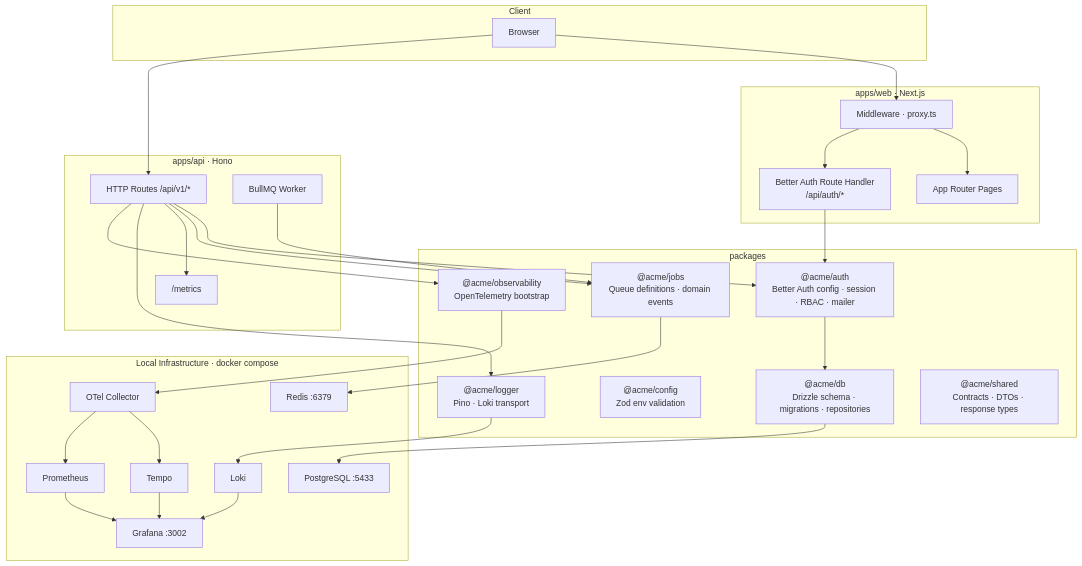
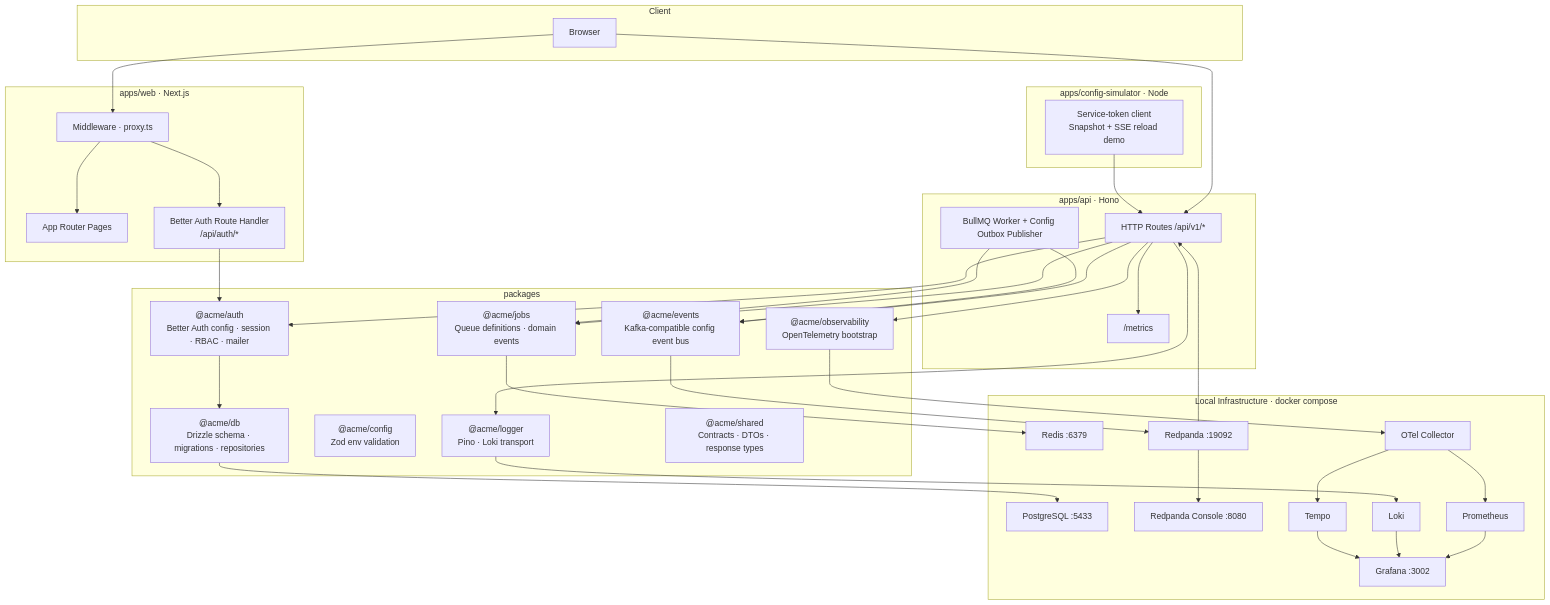
The diagram in README.md (Prathamesh-chougale-17/no-reboot-hq-sse), drawn with Mermaid before and after one commit. The commit also changed other lines of this file and 62 other files, not shown here.

First line of the commit message:
feat: add configuration schema for apps, environments, entries, and service tokens

````diff
--- a/README.md
+++ b/README.md
@@ -27,60 +30,73 @@
 ```mermaid
 graph TB
     subgraph Client
         Browser["Browser"]
     end
 
     subgraph apps/web ["apps/web · Next.js"]
         WebApp["App Router Pages"]
         AuthRoute["Better Auth Route Handler\n/api/auth/*"]
         Middleware["Middleware · proxy.ts"]
     end
 
     subgraph apps/api ["apps/api · Hono"]
         API["HTTP Routes /api/v1/*"]
-        Worker["BullMQ Worker"]
+        Worker["BullMQ Worker + Config Outbox Publisher"]
         Metrics["/metrics"]
+    end
+
+    subgraph apps/config-simulator ["apps/config-simulator · Node"]
+        Simulator["Service-token client\nSnapshot + SSE reload demo"]
     end
 
     subgraph packages
         Auth["@acme/auth\nBetter Auth config · session · RBAC · mailer"]
         DB["@acme/db\nDrizzle schema · migrations · repositories"]
+        Events["@acme/events\nKafka-compatible config event bus"]
         Jobs["@acme/jobs\nQueue definitions · domain events"]
         Config["@acme/config\nZod env validation"]
         Logger["@acme/logger\nPino · Loki transport"]
         Obs["@acme/observability\nOpenTelemetry bootstrap"]
         Shared["@acme/shared\nContracts · DTOs · response types"]
     end
 
     subgraph infra ["Local Infrastructure · docker compose"]
         PG["PostgreSQL :5433"]
         Redis["Redis :6379"]
+        Redpanda["Redpanda :19092"]
+        Console["Redpanda Console :8080"]
         OTel["OTel Collector"]
         Loki["Loki"]
         Tempo["Tempo"]
         Prom["Prometheus"]
         Grafana["Grafana :3002"]
     end
 
     Browser --> Middleware
     Middleware --> WebApp
     Middleware --> AuthRoute
     Browser --> API
+    Simulator --> API
     AuthRoute --> Auth
     Auth --> DB
+    API --> Events
     API --> Auth
     API --> Jobs
     API --> Metrics
+    Worker --> Events
     Worker --> Jobs
+    Events --> Redpanda
+    Redpanda --> API
+    Redpanda --> Console
     Jobs --> Redis
     API --> Logger
     API --> Obs
     Logger --> Loki
     Obs --> OTel
     OTel --> Tempo
     OTel --> Prom
     Prom --> Grafana
     Loki --> Grafana
     Tempo --> Grafana
     DB --> PG
 ```
````
